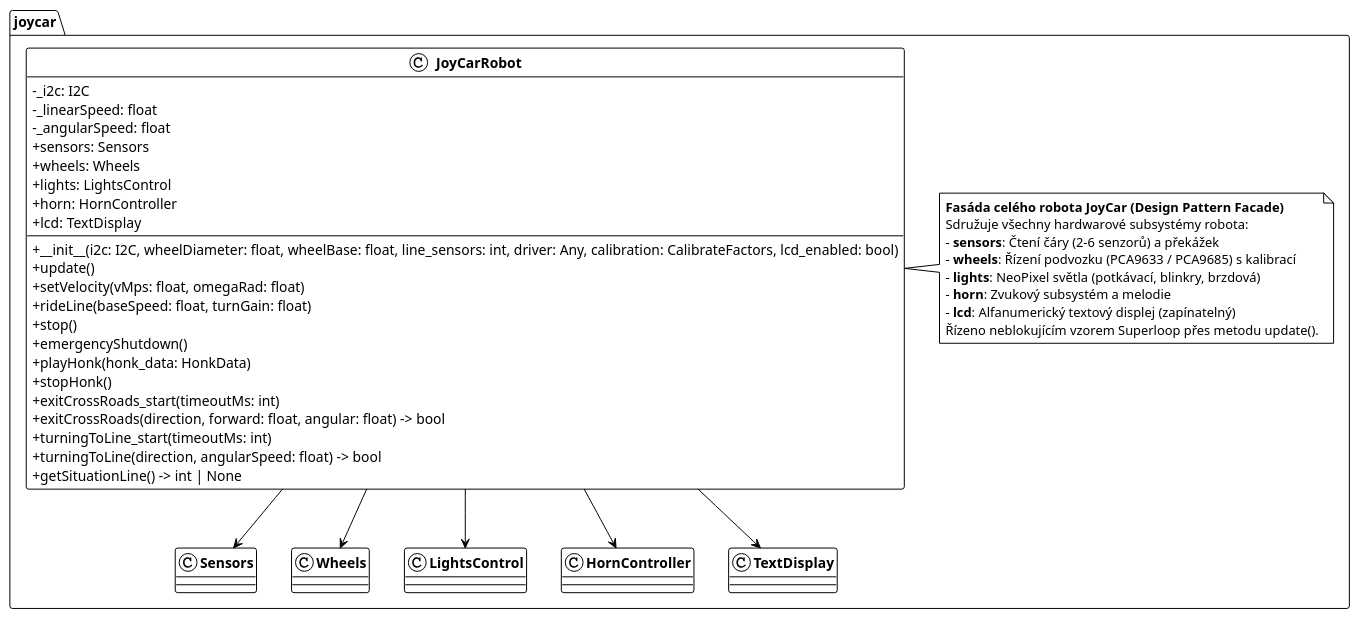
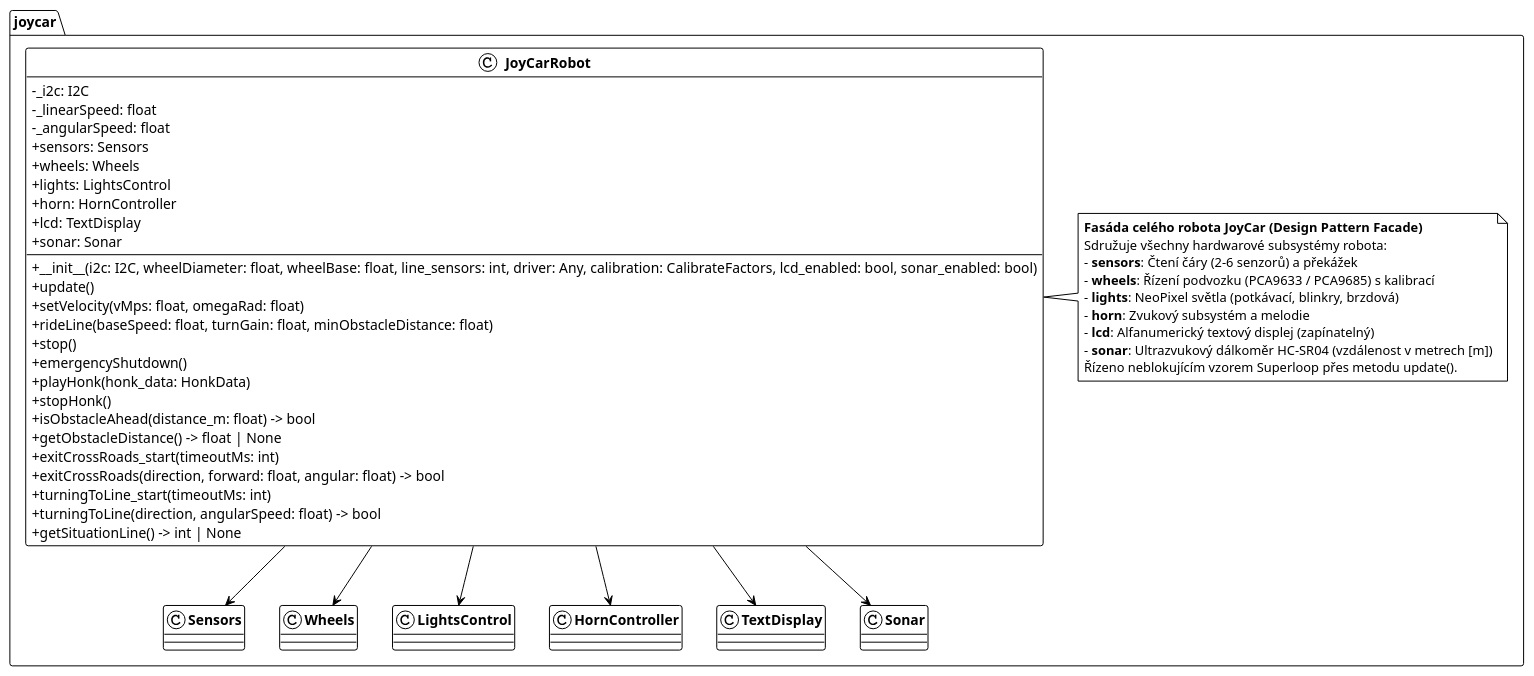
The diagram in docs/diagrams/robot.puml (JanChaloupek/robot-programming3), drawn with PlantUML before and after one commit. The commit also changed 13 other files, not shown here.

Commit message:
feat: add Sonar ultrasonic subsystem in base SI units (meters) and update docs

```diff
--- a/docs/diagrams/robot.puml
+++ b/docs/diagrams/robot.puml
@@ -1,50 +1,55 @@
 @startuml robot
 !theme plain
 skinparam classAttributeIconSize 0
 skinparam classFontStyle bold
 
 namespace joycar {
 
     class JoyCarRobot {
         - _i2c: I2C
         - _linearSpeed: float
         - _angularSpeed: float
         + sensors: Sensors
         + wheels: Wheels
         + lights: LightsControl
         + horn: HornController
         + lcd: TextDisplay
-        + __init__(i2c: I2C, wheelDiameter: float, wheelBase: float, line_sensors: int, driver: Any, calibration: CalibrateFactors, lcd_enabled: bool)
+        + sonar: Sonar
+        + __init__(i2c: I2C, wheelDiameter: float, wheelBase: float, line_sensors: int, driver: Any, calibration: CalibrateFactors, lcd_enabled: bool, sonar_enabled: bool)
         + update()
         + setVelocity(vMps: float, omegaRad: float)
-        + rideLine(baseSpeed: float, turnGain: float)
+        + rideLine(baseSpeed: float, turnGain: float, minObstacleDistance: float)
         + stop()
         + emergencyShutdown()
         + playHonk(honk_data: HonkData)
         + stopHonk()
+        + isObstacleAhead(distance_m: float) -> bool
+        + getObstacleDistance() -> float | None
         + exitCrossRoads_start(timeoutMs: int)
         + exitCrossRoads(direction, forward: float, angular: float) -> bool
         + turningToLine_start(timeoutMs: int)
         + turningToLine(direction, angularSpeed: float) -> bool
         + getSituationLine() -> int | None
     }
 
     note right of JoyCarRobot
         <b>Fasáda celého robota JoyCar (Design Pattern Facade)</b>
         Sdružuje všechny hardwarové subsystémy robota:
         - <b>sensors</b>: Čtení čáry (2–6 senzorů) a překážek
         - <b>wheels</b>: Řízení podvozku (PCA9633 / PCA9685) s kalibrací
         - <b>lights</b>: NeoPixel světla (potkávací, blinkry, brzdová)
         - <b>horn</b>: Zvukový subsystém a melodie
         - <b>lcd</b>: Alfanumerický textový displej (zapínatelný)
+        - <b>sonar</b>: Ultrazvukový dálkoměr HC-SR04 (vzdálenost v metrech [m])
         Řízeno neblokujícím vzorem Superloop přes metodu update().
     end note
 
     JoyCarRobot --> Sensors
     JoyCarRobot --> Wheels
     JoyCarRobot --> LightsControl
     JoyCarRobot --> HornController
     JoyCarRobot --> TextDisplay
+    JoyCarRobot --> Sonar
 }
 
 @enduml
```
